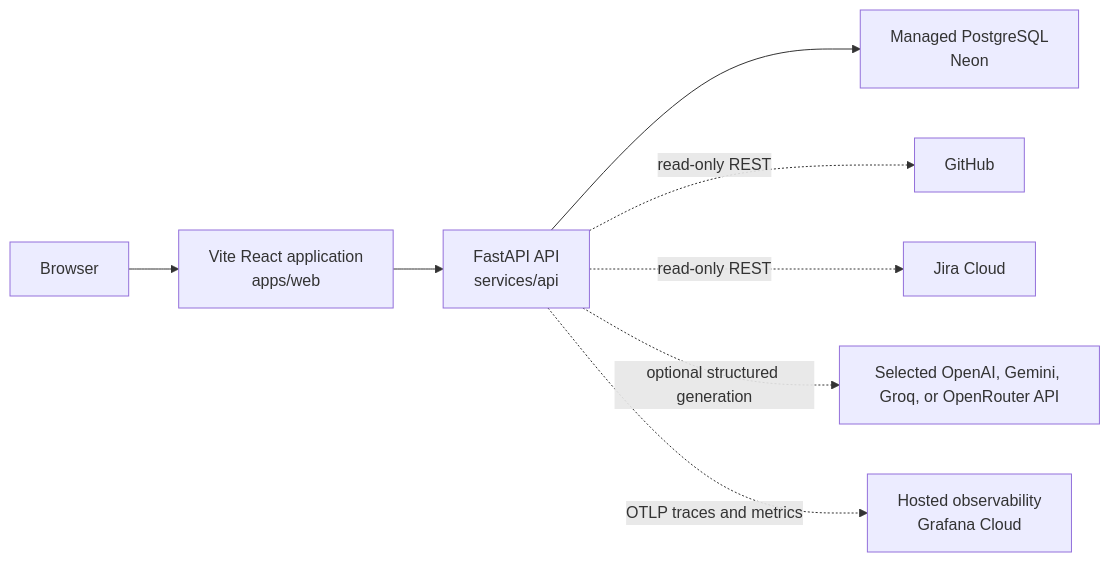
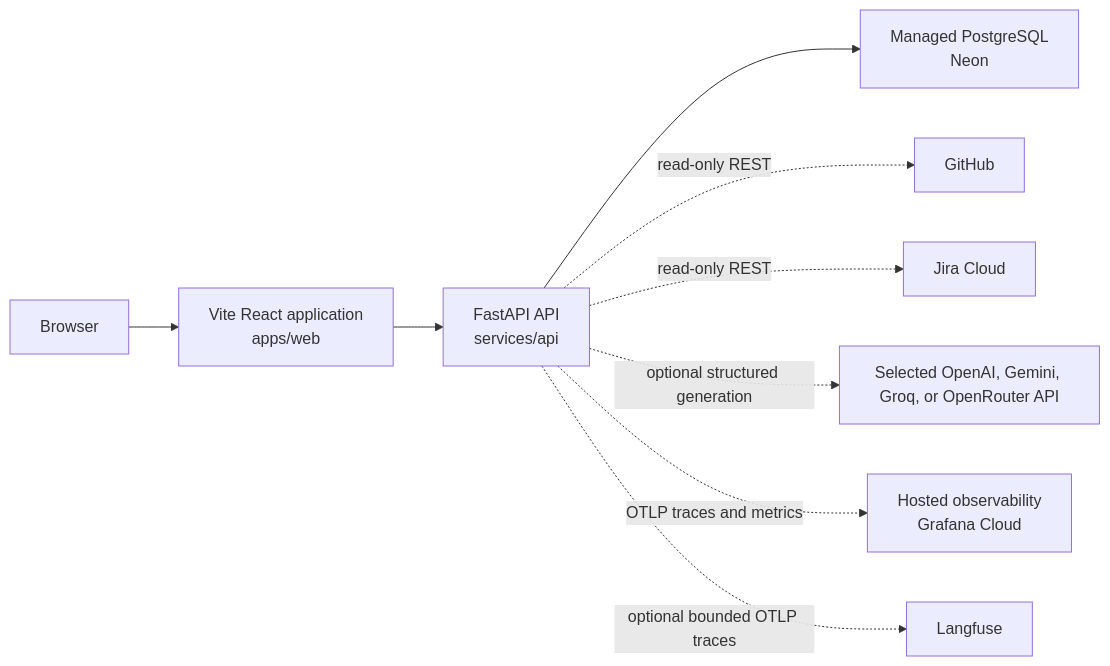
The diagram in docs/ARCHITECTURE.md (banalasaisathwik/promptql), drawn with Mermaid before and after one commit. The commit also changed other lines of this file and 34 other files, not shown here.

````diff
--- a/docs/ARCHITECTURE.md
+++ b/docs/ARCHITECTURE.md
@@ -5,10 +5,11 @@
 ```mermaid
 flowchart LR
     Browser --> Web["Vite React application<br/>apps/web"]
     Web --> API["FastAPI API<br/>services/api"]
     API --> PostgreSQL["Managed PostgreSQL<br/>Neon"]
     API -. "read-only REST" .-> GitHub["GitHub"]
     API -. "read-only REST" .-> Jira["Jira Cloud"]
     API -. "optional structured generation" .-> LLM["Selected OpenAI, Gemini, Groq, or OpenRouter API"]
     API -. "OTLP traces and metrics" .-> Observability["Hosted observability<br/>Grafana Cloud"]
+    API -. "optional bounded OTLP traces" .-> Langfuse["Langfuse"]
 ```
````
